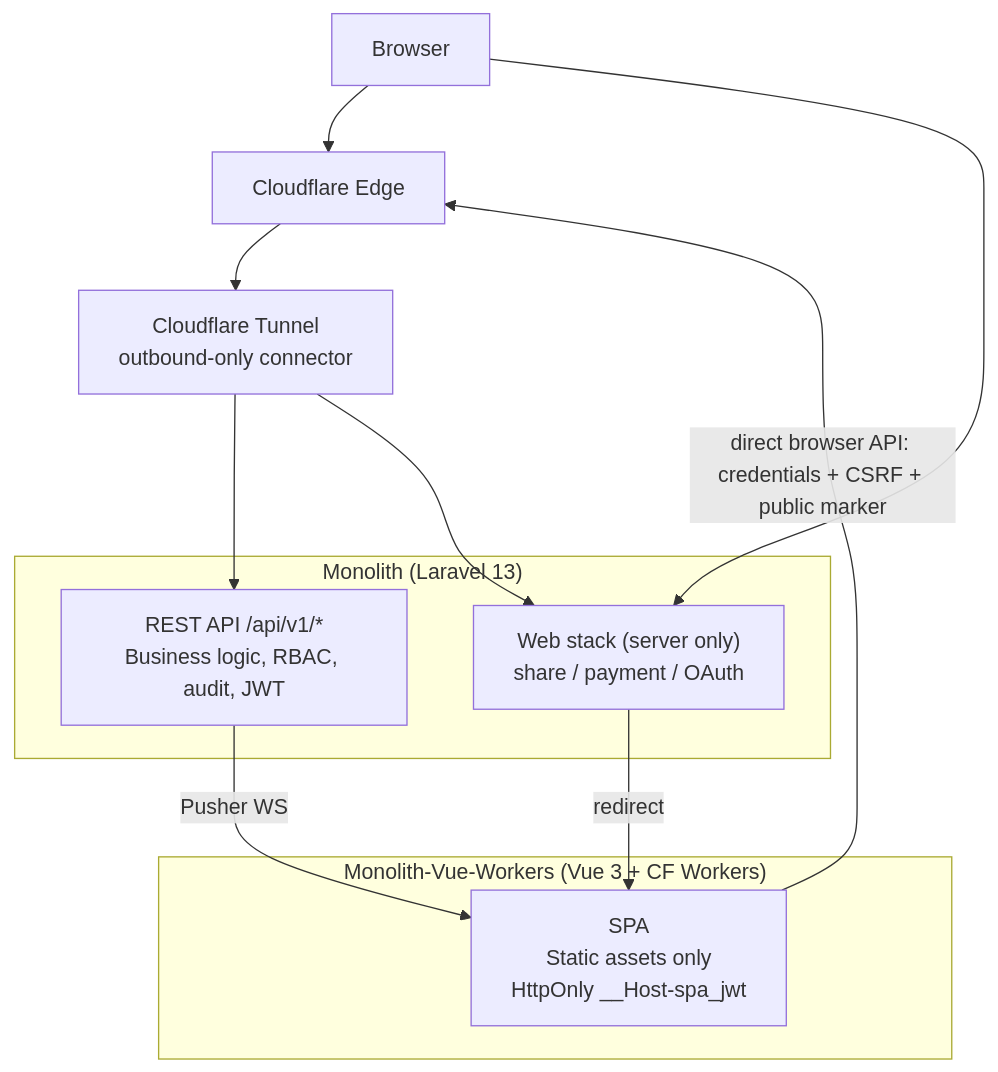
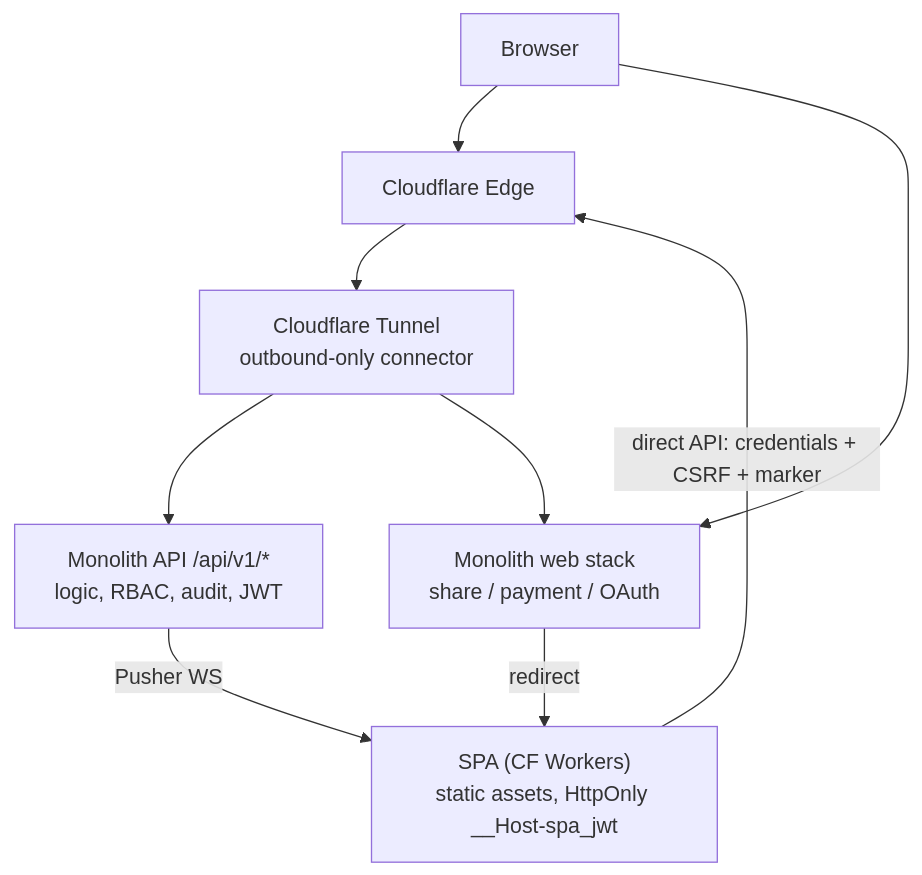
One commit to silverspoonmedia/cored-backend changed the diagram in docs/integration/project-overview.md. Above: the diagram before and after it, drawn with Mermaid. The commit also changed other lines of this file and 129 other files, not shown here.

````diff
--- a/docs/integration/project-overview.md
+++ b/docs/integration/project-overview.md
@@ -9,18 +9,12 @@
 ```mermaid
 flowchart TB
     Browser["Browser"] --> Edge["Cloudflare Edge"]
     Edge --> Tunnel["Cloudflare Tunnel<br>outbound-only connector"]
-    subgraph Monolith["Monolith (Laravel 13)"]
-        API["REST API /api/v1/*<br>Business logic, RBAC, audit, JWT"]
-        Web["Web stack (server only)<br>share / payment / OAuth"]
-    end
-    Tunnel --> API
-    Tunnel --> Web
-    subgraph VueWorkers["Monolith-Vue-Workers (Vue 3 + CF Workers)"]
-        SPA["SPA<br>Static assets only<br>HttpOnly __Host-spa_jwt"]
-    end
-    SPA -->|"direct browser API: credentials + CSRF + public marker"| Edge
+    Tunnel --> API["Monolith API /api/v1/*<br>logic, RBAC, audit, JWT"]
+    Tunnel --> Web["Monolith web stack<br>share / payment / OAuth"]
+    SPA["SPA (CF Workers)<br>static assets, HttpOnly __Host-spa_jwt"]
+    SPA -->|"direct API: credentials + CSRF + marker"| Edge
     Browser --> Web
     Web -->|"redirect"| SPA
     API -->|"Pusher WS"| SPA
 ```
````
